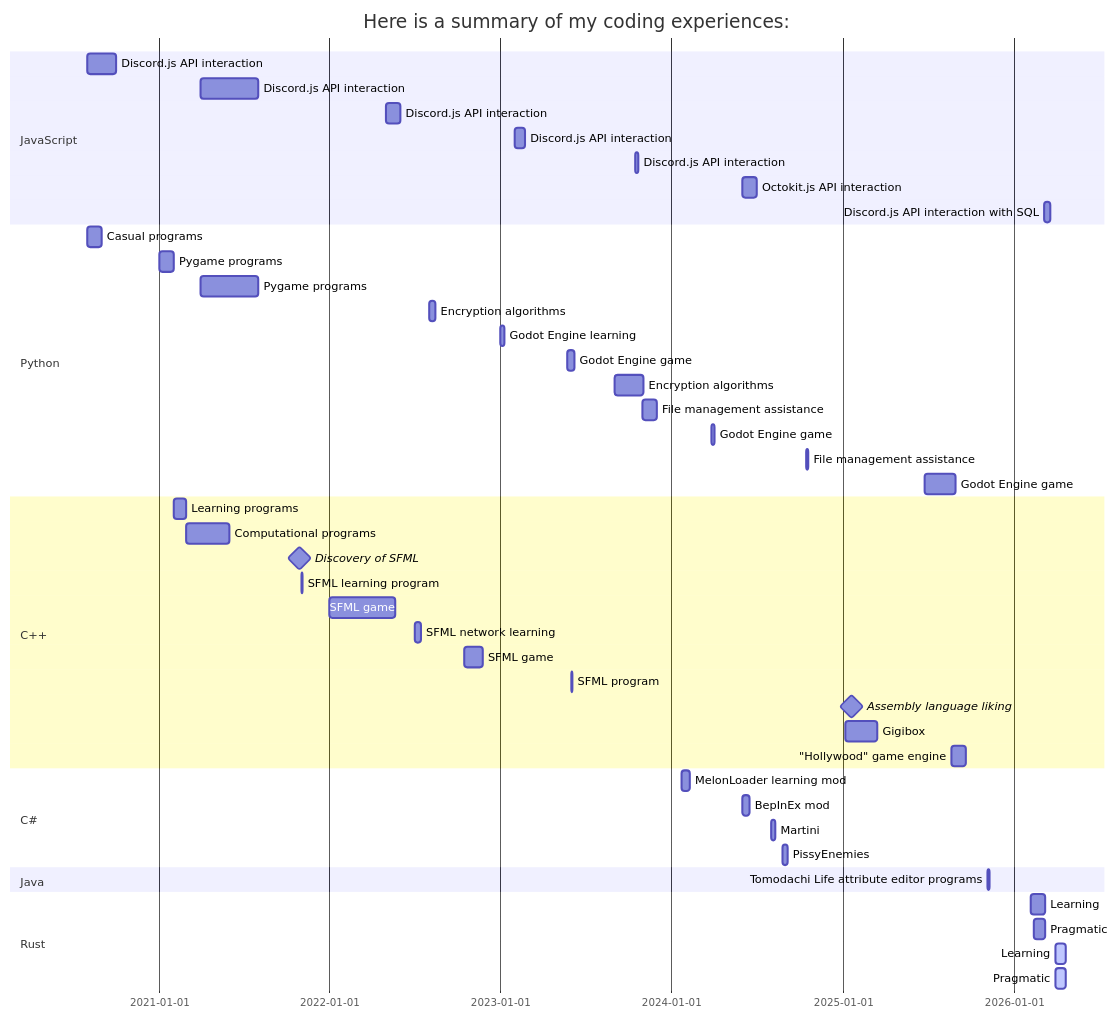
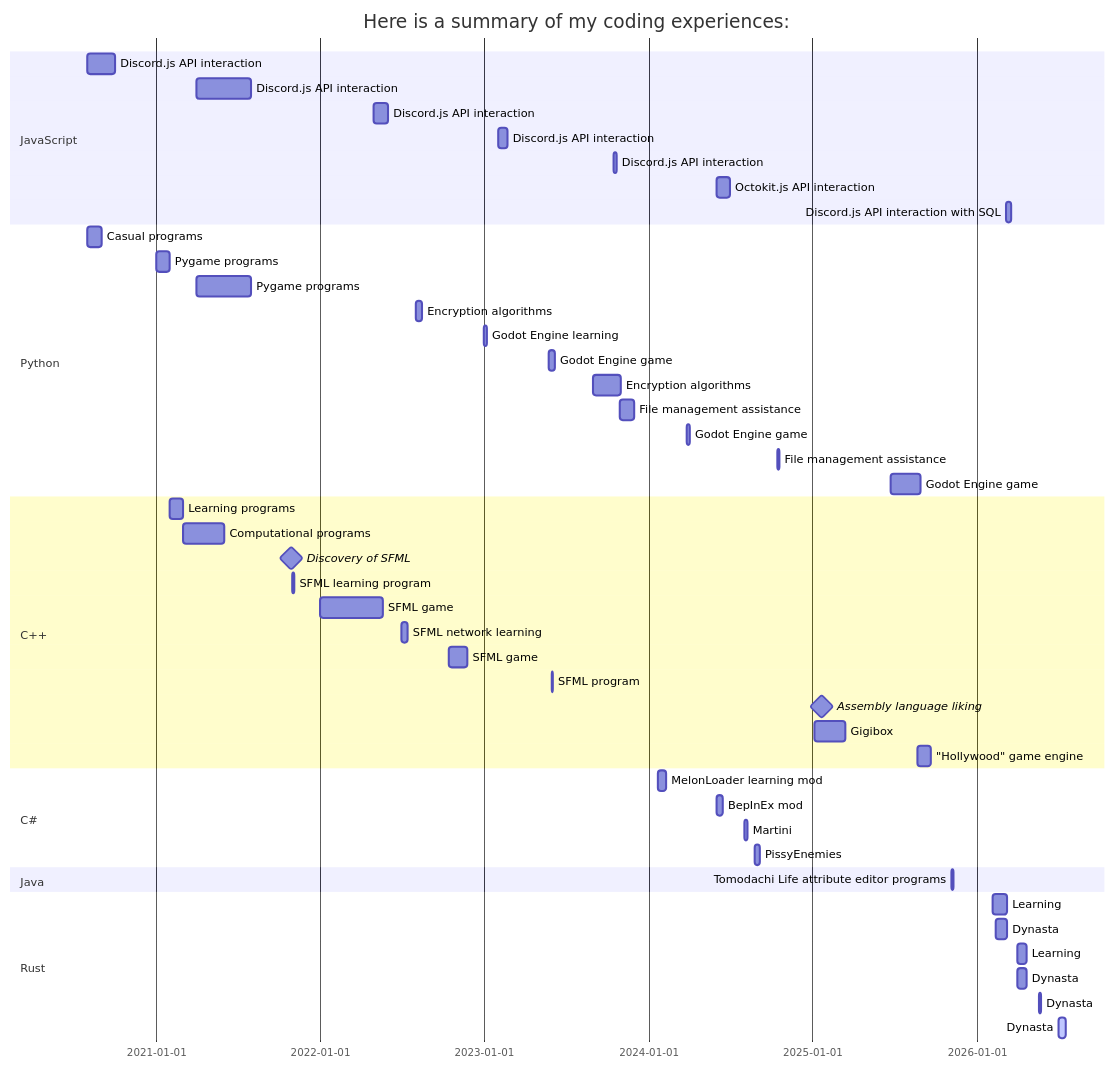
Before and after one commit to Simonciott/Simonciott: the diagram in README.md, drawn with Mermaid. The commit also changed other lines of this file, not shown here.

````diff
--- a/README.md
+++ b/README.md
@@ -3,49 +3,51 @@
 ```mermaid
 gantt
     title Here is a summary of my coding experiences:
     dateFormat YYYY-MM-DD
     section JavaScript
         Discord.js API interaction: jsd1, 2020-08, 2M
         Discord.js API interaction: jsd2, 2021-04, 4M
         Discord.js API interaction: jsd3, 2022-05, 1M
         Discord.js API interaction: jsd4, 2023-02, 3w
         Discord.js API interaction: jsd5, 2023-10-15, 1w
         Octokit.js API interaction: ok1, 2024-06-01, 1M
         Discord.js API interaction with SQL: jsd6, 2026-03-07, 2026-03-19
     section Python
         Casual programs: 2020-08, 1M
         Pygame programs: pg1, 2021-01, until clp
         Pygame programs: pg2, 2021-04, 4M
         Encryption algorithms: pea1, 2022-08, 2w
         Godot Engine learning: gel, 2023-01-1, 1w
         Godot Engine game: ge1, 2023-05-24, 2w
         Encryption algorithms: pea2, 2023-09, 2M
         File management assistance: fma1, 2023-10-30, 1M
         Godot Engine game: ge2, 2024-03-26, 1w
         File management assistance: fma2, 2024-10-15, 4d
         Godot Engine game: ge3, 2025-06-24, 2025-08-29
     section C++
         Learning programs: clp, 2021-02, 1M
         Computational programs: cp, after clp, 3M
         Discovery of SFML: milestone, sfml, 2021-10-29, 0d
         SFML learning program: 2021-11-01, 3d
         SFML game: sfmlg1, 2022-01, 20w
         SFML network learning: 2022-07, 2w
         SFML game: sfmlg2, 2022-10-15, 40d
         SFML program: 2023-06, 2d
         Assembly language liking: milestone, 2025-01-20, 0d
         Gigibox: 2025-01-06, 2025-03-15
         "Hollywood" game engine: 2025-08-21, 2025-09-21
     section C#
         MelonLoader learning mod: 2024-01-23, 2024-02-10
         BepInEx mod: 2024-06, 2w
         Martini: 2024-08-01, 2024-08-09
         PissyEnemies: 2024-08-24, 2024-09-06
     section Java
         Tomodachi Life attribute editor programs: 2025-11-05, 5d
     section Rust
         Learning: rsl, 2026-02-06, 2026-03-09
-        Pragmatic: rsp, 2026-02-13, 2026-03-09
-        Learning: active, rsl2, 2026-04-01, 2026-04-22
-        Pragmatic: active, rsp2, 2026-04-01, 2026-04-22
+        Dynasta: rsp, 2026-02-13, 2026-03-09
+        Learning: rsl2, 2026-04-01, 2026-04-22
+        Dynasta: rsp2, 2026-04-01, 2026-04-22
+        Dynasta: rsp3, 2026-05-19, 2026-05-24
+        Dynasta: active, rsp4, 2026-07-03, 2026-07-18
 ```
````
